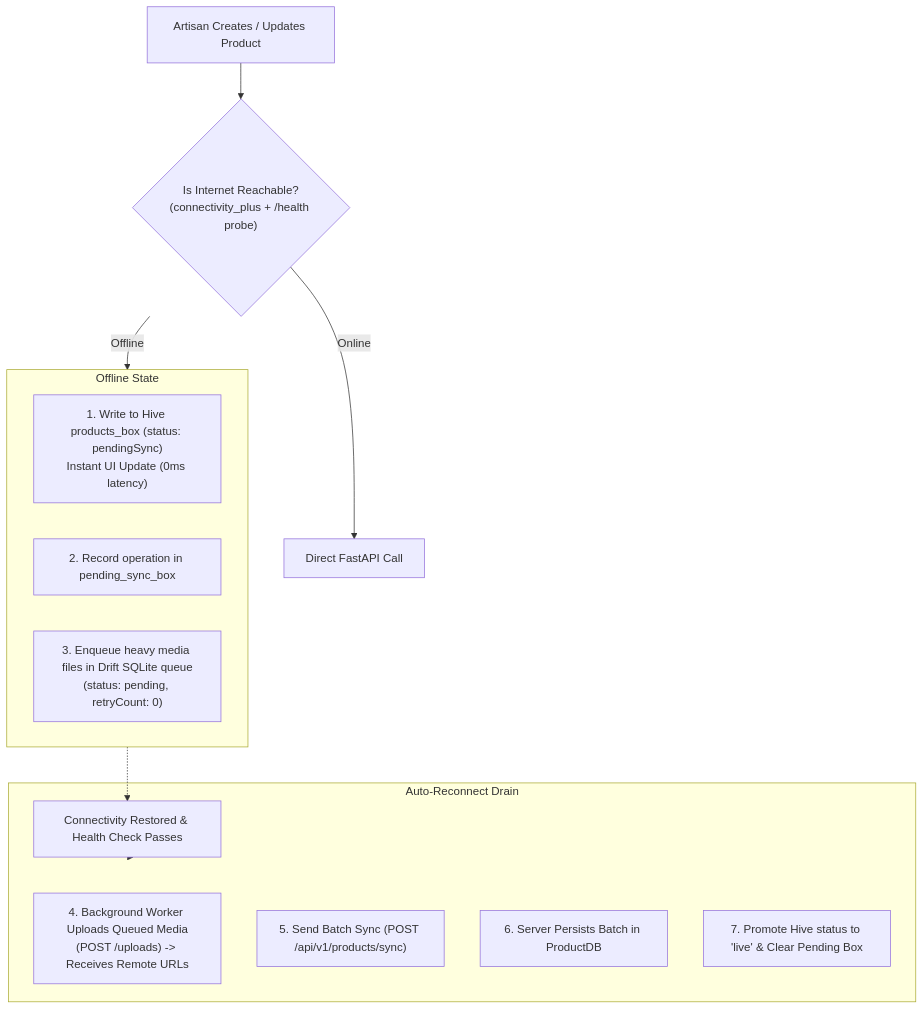
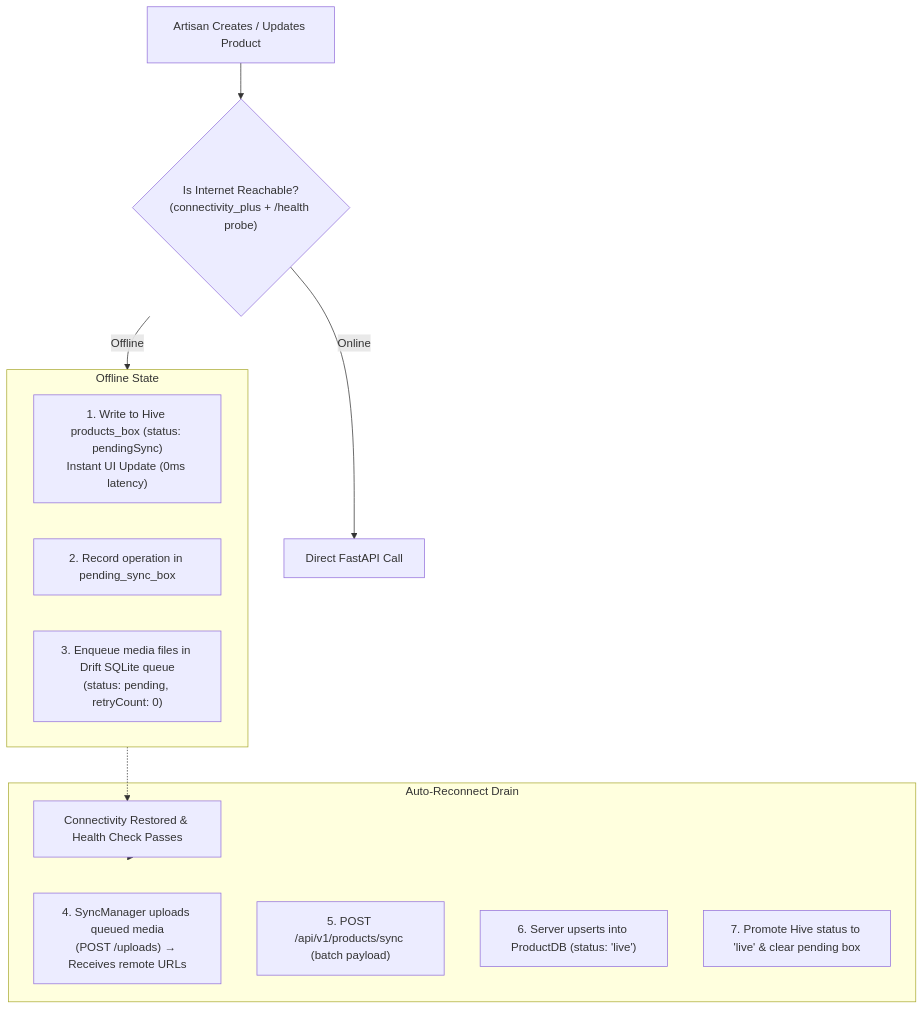
Before and after one commit to kan9667/kalasetu: the third of 10 diagrams in docs/ARCHITECTURE.md, drawn with Mermaid. The commit also changed other lines of this file and 1 other file, not shown here.

First line of the commit message:
docs: consolidate ARCHITECTURE.md as single source of truth

````diff
--- a/docs/ARCHITECTURE.md
+++ b/docs/ARCHITECTURE.md
@@ -234,22 +518,26 @@
 ```mermaid
 flowchart TD
-    UserAction["Artisan Creates / Updates Product"] --> NetworkCheck{"Is Internet Reachable?\n(connectivity_plus + /health probe)"}
+    UserAction["Artisan Creates / Updates Product"] --> NetworkCheck{"Is Internet Reachable?
+(connectivity_plus + /health probe)"}
 
     subgraph OfflineMode ["Offline State"]
-        HiveWrite["1. Write to Hive products_box (status: pendingSync)\nInstant UI Update (0ms latency)"]
+        HiveWrite["1. Write to Hive products_box (status: pendingSync)
+Instant UI Update (0ms latency)"]
         PendingMark["2. Record operation in pending_sync_box"]
-        DriftQueue["3. Enqueue heavy media files in Drift SQLite queue\n(status: pending, retryCount: 0)"]
+        DriftQueue["3. Enqueue media files in Drift SQLite queue
+(status: pending, retryCount: 0)"]
     end
 
     subgraph ReconnectDrain ["Auto-Reconnect Drain"]
         NetReturn["Connectivity Restored & Health Check Passes"]
-        MediaUpload["4. Background Worker Uploads Queued Media\n(POST /uploads) -> Receives Remote URLs"]
-        BatchSync["5. Send Batch Sync (POST /api/v1/products/sync)"]
-        ServerPersist["6. Server Persists Batch in ProductDB"]
-        LocalUpdate["7. Promote Hive status to 'live' & Clear Pending Box"]
+        MediaUpload["4. SyncManager uploads queued media
+(POST /uploads) → Receives remote URLs"]
+        BatchSync["5. POST /api/v1/products/sync (batch payload)"]
+        ServerPersist["6. Server upserts into ProductDB (status: 'live')"]
+        LocalUpdate["7. Promote Hive status to 'live' & clear pending box"]
     end
 
     NetworkCheck -- "Offline" --> OfflineMode
     NetworkCheck -- "Online" --> DirectAPI["Direct FastAPI Call"]
     OfflineMode -.-> NetReturn --> ReconnectDrain
 ```
````
